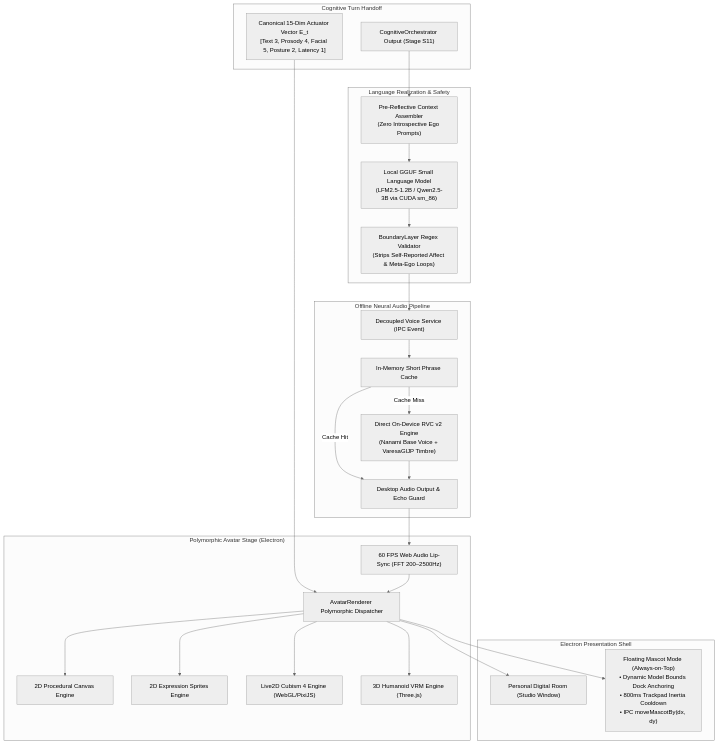
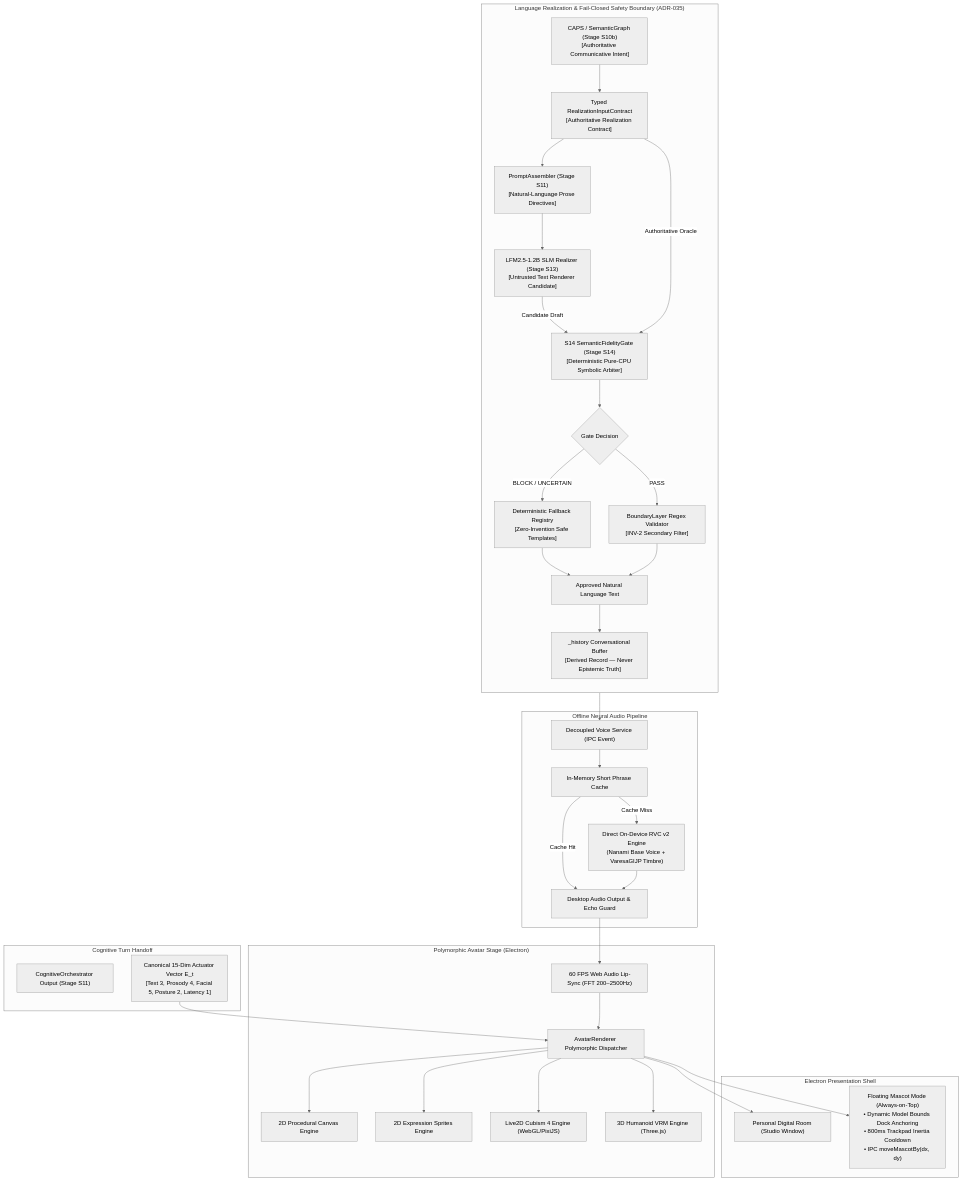
The sixth of 6 diagrams in docs/ARCHITECTURE.md (Lunafiah/Lucia), drawn with Mermaid (neutral theme) before and after one commit. The commit also changed other lines of this file and 8 other files, not shown here.

Commit message:
docs: freeze production realization boundary

````diff
--- a/docs/ARCHITECTURE.md
+++ b/docs/ARCHITECTURE.md
@@ -441,55 +441,71 @@
 ```mermaid
 flowchart TD
     subgraph Cognitive_Handoff ["Cognitive Turn Handoff"]
         TurnOutput["CognitiveOrchestrator Output (Stage S11)"]
         ActuatorState["Canonical 15-Dim Actuator Vector E_t\n[Text 3, Prosody 4, Facial 5, Posture 2, Latency 1]"]
     end
 
-    subgraph Language_Substrate ["Language Realization & Safety"]
-        PromptAssembler["Pre-Reflective Context Assembler\n(Zero Introspective Ego Prompts)"]
-        LocalSLM["Local GGUF Small Language Model\n(LFM2.5-1.2B / Qwen2.5-3B via CUDA sm_86)"]
-        BoundaryFilter["BoundaryLayer Regex Validator\n(Strips Self-Reported Affect & Meta-Ego Loops)"]
+    subgraph Language_Substrate ["Language Realization & Fail-Closed Safety Boundary (ADR-035)"]
+        direction TB
+        CAPS_Intent["CAPS / SemanticGraph (Stage S10b)\n[Authoritative Communicative Intent]"]
+        RealContract["Typed RealizationInputContract\n[Authoritative Realization Contract]"]
+        PromptAssembler["PromptAssembler (Stage S11)\n[Natural-Language Prose Directives]"]
+        LocalSLM["LFM2.5-1.2B SLM Realizer (Stage S13)\n[Untrusted Text Renderer Candidate]"]
+        FidelityGate["S14 SemanticFidelityGate (Stage S14)\n[Deterministic Pure-CPU Symbolic Arbiter]"]
+        GateDecision{"Gate Decision"}
+        FallbackRegistry["Deterministic Fallback Registry\n[Zero-Invention Safe Templates]"]
+        BoundaryFilter["BoundaryLayer Regex Validator\n[INV-2 Secondary Filter]"]
+        ApprovedOut["Approved Natural Language Text"]
+        HistoryBuf["_history Conversational Buffer\n[Derived Record — Never Epistemic Truth]"]
         
-        TurnOutput --> PromptAssembler
+        CAPS_Intent --> RealContract
+        RealContract --> PromptAssembler
         PromptAssembler --> LocalSLM
-        LocalSLM --> BoundaryFilter
+        LocalSLM -->|"Candidate Draft"| FidelityGate
+        RealContract -->|"Authoritative Oracle"| FidelityGate
+        FidelityGate --> GateDecision
+        GateDecision -->|"PASS"| BoundaryFilter
+        GateDecision -->|"BLOCK / UNCERTAIN"| FallbackRegistry
+        FallbackRegistry --> ApprovedOut
+        BoundaryFilter --> ApprovedOut
+        ApprovedOut --> HistoryBuf
     end
 
     subgraph Voice_Pipeline ["Offline Neural Audio Pipeline"]
         VoiceService["Decoupled Voice Service (IPC Event)"]
         RVC["Direct On-Device RVC v2 Engine\n(Nanami Base Voice + VaresaGIJP Timbre)"]
         PhraseCache["In-Memory Short Phrase Cache"]
         AudioPlayback["Desktop Audio Output & Echo Guard"]
         
-        BoundaryFilter --> VoiceService
+        ApprovedOut --> VoiceService
         VoiceService --> PhraseCache
         PhraseCache -->|"Cache Miss"| RVC
         PhraseCache -->|"Cache Hit"| AudioPlayback
         RVC --> AudioPlayback
     end
 
     subgraph Visual_Embodiment ["Polymorphic Avatar Stage (Electron)"]
         AvatarDispatcher["AvatarRenderer Polymorphic Dispatcher"]
         Canvas2D["2D Procedural Canvas Engine"]
         Sprites2D["2D Expression Sprites Engine"]
         Live2D["Live2D Cubism 4 Engine (WebGL/PixiJS)"]
         VRM3D["3D Humanoid VRM Engine (Three.js)"]
         LipSync["60 FPS Web Audio Lip-Sync (FFT 200–2500Hz)"]
         
         ActuatorState --> AvatarDispatcher
         AvatarDispatcher --> Canvas2D
         AvatarDispatcher --> Sprites2D
         AvatarDispatcher --> Live2D
         AvatarDispatcher --> VRM3D
         AudioPlayback --> LipSync
         LipSync --> AvatarDispatcher
     end
 
     subgraph Desktop_Shell ["Electron Presentation Shell"]
         StudioWin["Personal Digital Room (Studio Window)"]
         MascotWin["Floating Mascot Mode (Always-on-Top)\n• Dynamic Model Bounds Dock Anchoring\n• 800ms Trackpad Inertia Cooldown\n• IPC moveMascotBy(dx, dy)"]
         
         AvatarDispatcher --> StudioWin
         AvatarDispatcher --> MascotWin
     end
 ```
````
